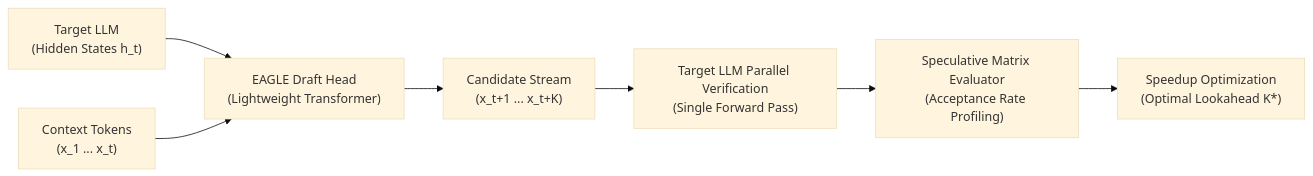
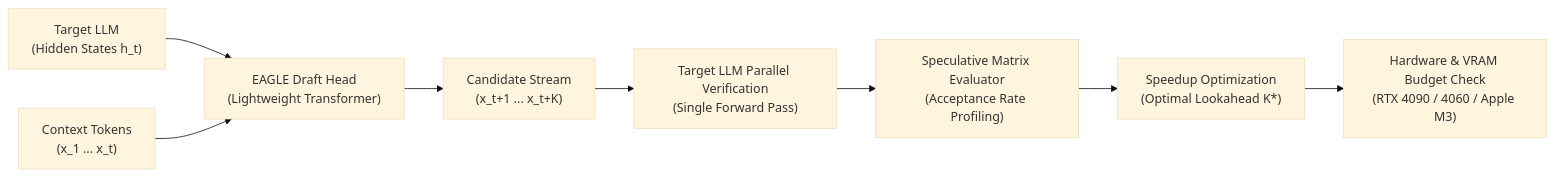
Before and after one commit to alexandrmotologa/draftcraft: the diagram in README.md, drawn with Mermaid (base theme). The commit also changed other lines of this file and 20 other files, not shown here.

Commit message:
feat: add vram budget analyzer, temperature sensitivity profiler, file loader, and canvas charts

````diff
--- a/README.md
+++ b/README.md
@@ -38,9 +40,10 @@
 ```mermaid
 flowchart LR
     A["Target LLM<br/>(Hidden States h_t)"] --> B["EAGLE Draft Head<br/>(Lightweight Transformer)"]
     C["Context Tokens<br/>(x_1 ... x_t)"] --> B
     B --> D["Candidate Stream<br/>(x_t+1 ... x_t+K)"]
     D --> E["Target LLM Parallel Verification<br/>(Single Forward Pass)"]
     E --> F["Speculative Matrix Evaluator<br/>(Acceptance Rate Profiling)"]
     F --> G["Speedup Optimization<br/>(Optimal Lookahead K*)"]
+    G --> H["Hardware & VRAM Budget Check<br/>(RTX 4090 / 4060 / Apple M3)"]
 ```
````
